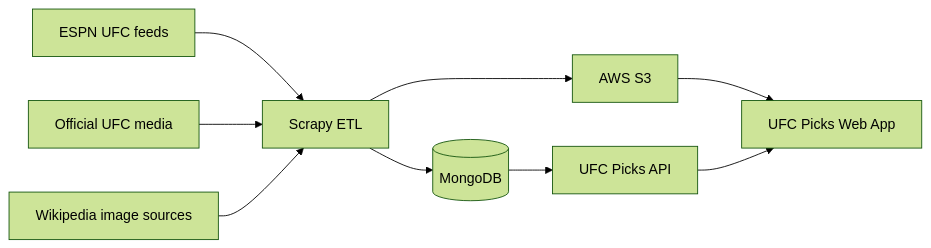
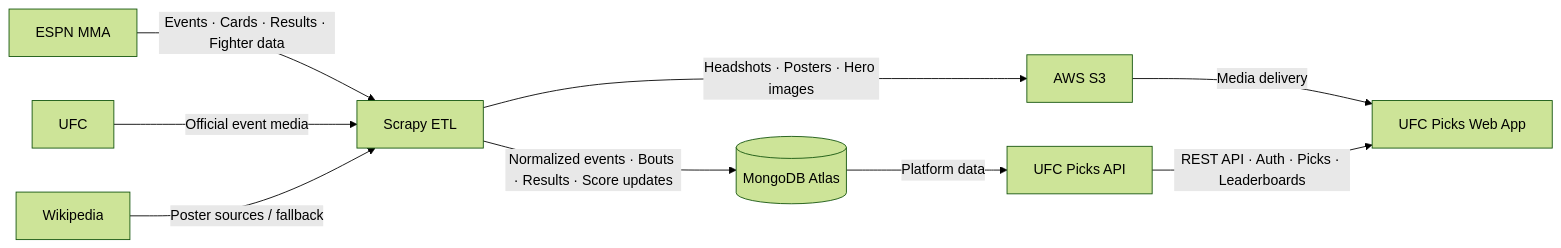
One commit to JoseZum/ufc-picks-scraper changed the diagram in README.md. Above: the diagram before and after it, drawn with Mermaid (forest theme). The commit also changed 1 other file, not shown here.

Commit message:
docs: añadir diagrama

````diff
--- a/README.md
+++ b/README.md
@@ -34,13 +34,13 @@
 ```mermaid
 flowchart LR
-    ESPN["ESPN UFC feeds"] --> ETL["Scrapy ETL"]
-    UFC["Official UFC media"] --> ETL
-    WIKI["Wikipedia image sources"] --> ETL
+    ESPN["ESPN MMA"] -->|"Events · Cards · Results · Fighter data"| ETL["Scrapy ETL"]
+    UFC["UFC"] -->|"Official event media"| ETL
+    WIKI["Wikipedia"] -->|"Poster sources / fallback"| ETL
 
-    ETL --> DB[("MongoDB")]
-    ETL --> S3["AWS S3"]
+    ETL -->|"Headshots · Posters · Hero images"| S3["AWS S3"]
+    ETL -->|"Normalized events · Bouts · Results · Score updates"| DB[("MongoDB Atlas")]
 
-    DB --> API["UFC Picks API"]
-    S3 --> WEB["UFC Picks Web App"]
-    API --> WEB
+    DB -->|"Platform data"| API["UFC Picks API"]
+    S3 -->|"Media delivery"| WEB["UFC Picks Web App"]
+    API -->|"REST API · Auth · Picks · Leaderboards"| WEB
 ```
````
